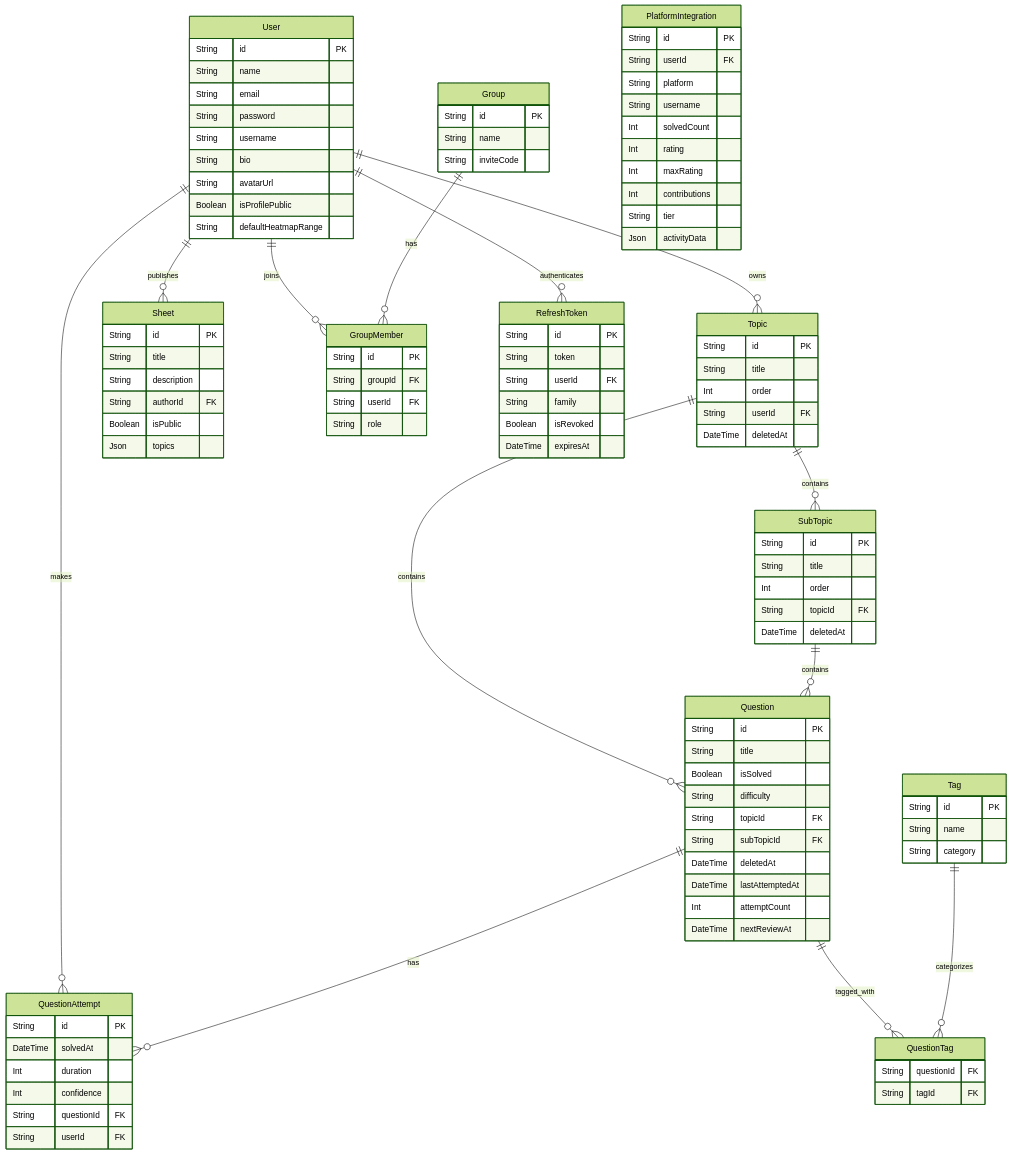
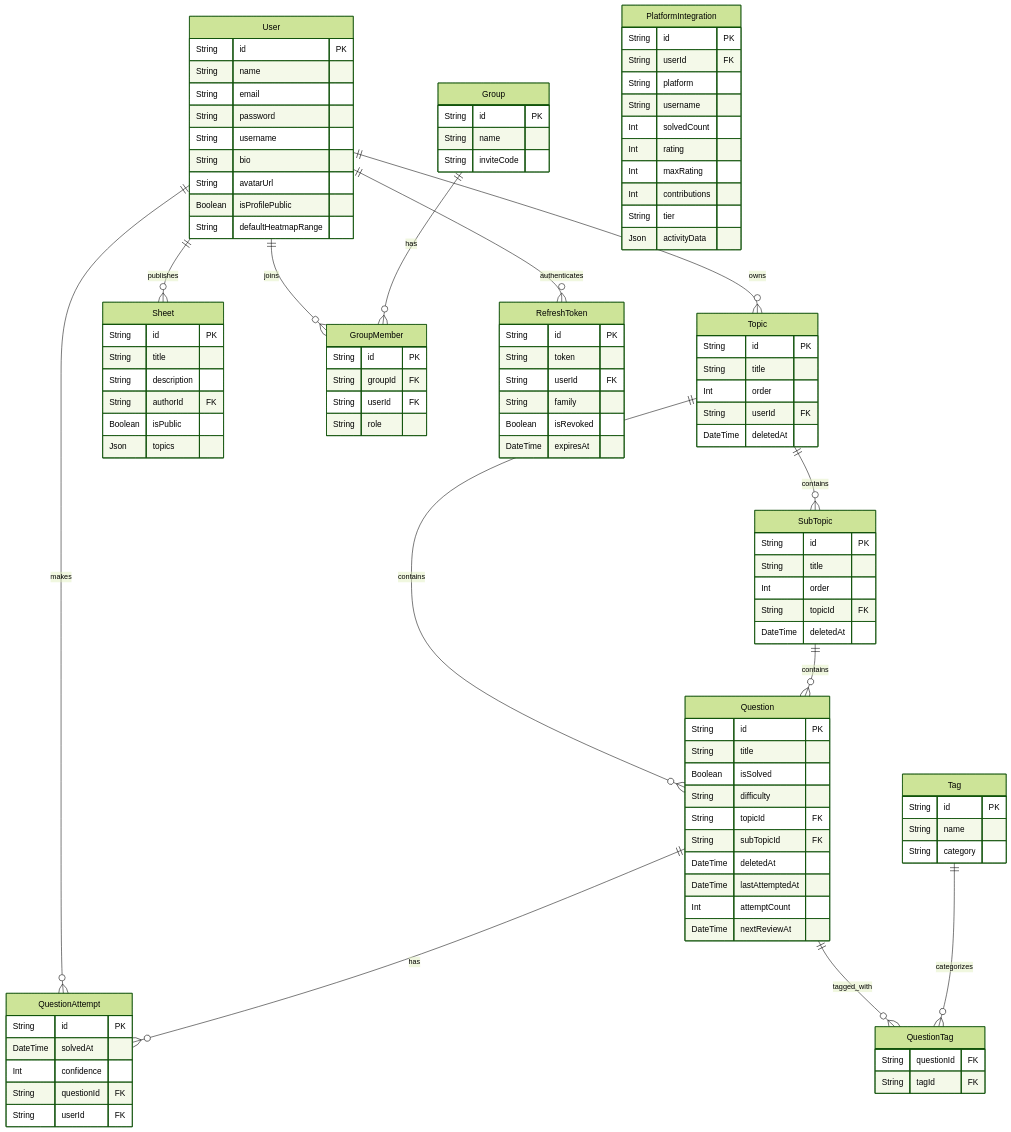
One commit to pulkitjaincs/AlgoForge changed the second of 2 diagrams in ARCHITECTURE.md. Above: the diagram before and after it, drawn with Mermaid (forest theme). The commit also changed other lines of this file and 31 other files, not shown here.

```diff
--- a/ARCHITECTURE.md
+++ b/ARCHITECTURE.md
@@ -174,7 +198,6 @@
     QuestionAttempt {
         String id PK
         DateTime solvedAt
-        Int duration
         Int confidence
         String questionId FK
         String userId FK
```
